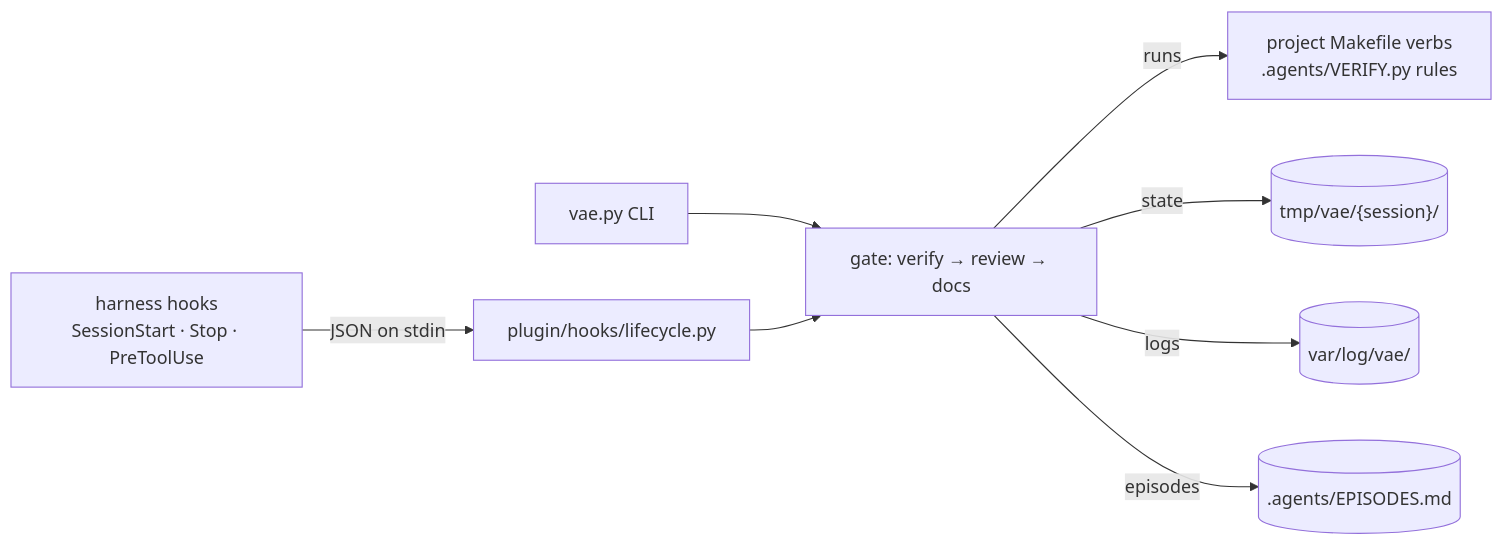
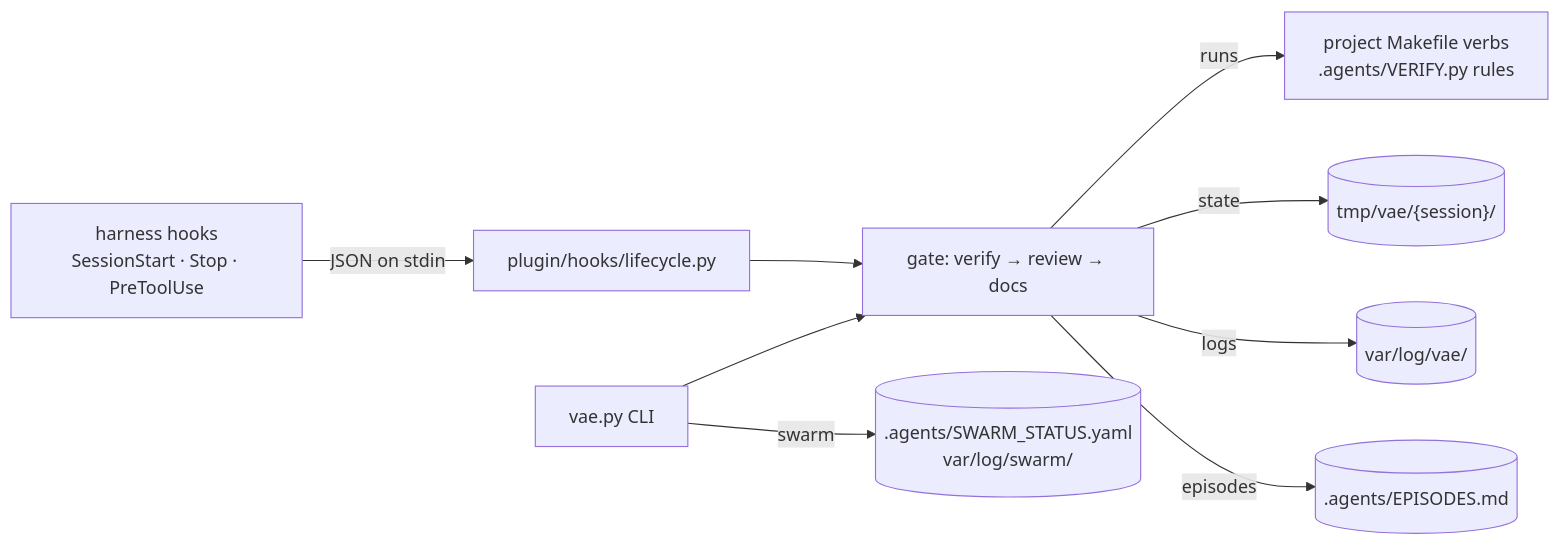
One commit to kyr0/defuss-vae changed the diagram in ARCH.md. Above: the diagram before and after it, drawn with Mermaid. The commit also changed other lines of this file and 11 other files, not shown here.

````diff
--- a/ARCH.md
+++ b/ARCH.md
@@ -11,10 +11,11 @@
 ```mermaid
 flowchart LR
     H["harness hooks<br/>SessionStart · Stop · PreToolUse"] -->|"JSON on stdin"| L["plugin/hooks/lifecycle.py"]
     C["vae.py CLI"] --> G
     L --> G["gate: verify → review → docs"]
     G -->|"runs"| P["project Makefile verbs<br/>.agents/VERIFY.py rules"]
     G -->|"state"| S[("tmp/vae/{session}/")]
     G -->|"logs"| V[("var/log/vae/")]
     G -->|"episodes"| A[(".agents/EPISODES.md")]
+    C -->|"swarm"| W[(".agents/SWARM_STATUS.yaml<br/>var/log/swarm/")]
 ```
````
